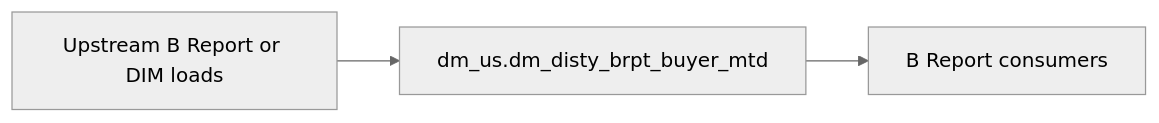
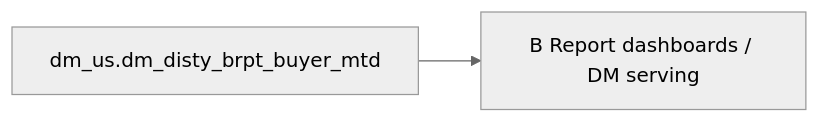
Before and after one commit to chengduhaha/data_agent: the diagram in backend/defaults/b_report/workspace/target/knowledgebase/b-report-us/dm_disty_brpt_buyer_mtd.md, drawn with Mermaid (neutral theme). The commit also changed other lines of this file and 1108 other files, not shown here.

````diff
--- a/backend/defaults/b_report/workspace/target/knowledgebase/b-report-us/dm_disty_brpt_buyer_mtd.md
+++ b/backend/defaults/b_report/workspace/target/knowledgebase/b-report-us/dm_disty_brpt_buyer_mtd.md
@@ -151,8 +288,6 @@
 ```mermaid
 flowchart LR
-  upstream[Upstream B Report or DIM loads]
-  tgt["dm_us.dm_disty_brpt_buyer_mtd"]
-  brpt[B Report consumers]
-  upstream --> tgt
-  tgt --> brpt
+  dm_us_dm_disty_brpt_buyer_mtd["dm_us.dm_disty_brpt_buyer_mtd"]
+  consumers["B Report dashboards / DM serving"]
+  dm_us_dm_disty_brpt_buyer_mtd --> consumers
 ```
````
